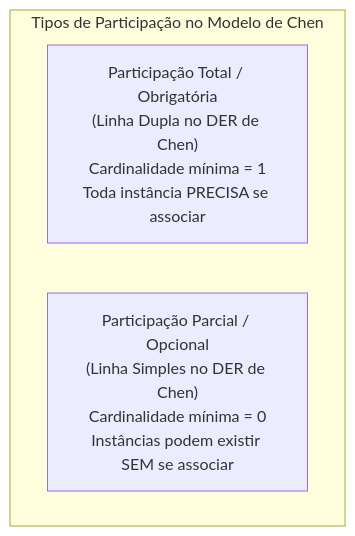
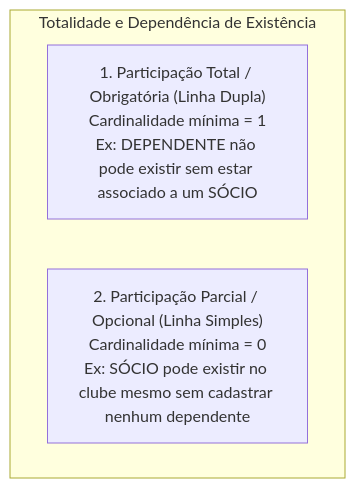
One commit to leorruas/puc changed the fifth of 8 diagrams in 02. Modelagem de Dados/06. Modelagem de relacionamentos, cardinalidade e restrições de participação.md. Above: the diagram before and after it, drawn with Mermaid. The commit also changed other lines of this file, not shown here.

````diff
--- a/02. Modelagem de Dados/06. Modelagem de relacionamentos, cardinalidade e restrições de participação.md
+++ b/02. Modelagem de Dados/06. Modelagem de relacionamentos, cardinalidade e restrições de participação.md
@@ -168,7 +151,7 @@
 ```mermaid
 flowchart TD
-    subgraph SubgraphParticipacao["Tipos de Participação no Modelo de Chen"]
-        Total["Participação Total / Obrigatória<br>(Linha Dupla no DER de Chen)<br>Cardinalidade mínima = 1<br>Toda instância PRECISA se associar"]
-        Parcial["Participação Parcial / Opcional<br>(Linha Simples no DER de Chen)<br>Cardinalidade mínima = 0<br>Instâncias podem existir SEM se associar"]
+    subgraph SubgraphTotalidadeDetalhe["Totalidade e Dependência de Existência"]
+        PartTotal["1. Participação Total / Obrigatória (Linha Dupla)<br>Cardinalidade mínima = 1<br>Ex: DEPENDENTE não pode existir sem estar associado a um SÓCIO"]
+        PartParcial["2. Participação Parcial / Opcional (Linha Simples)<br>Cardinalidade mínima = 0<br>Ex: SÓCIO pode existir no clube mesmo sem cadastrar nenhum dependente"]
     end
 ```
````
